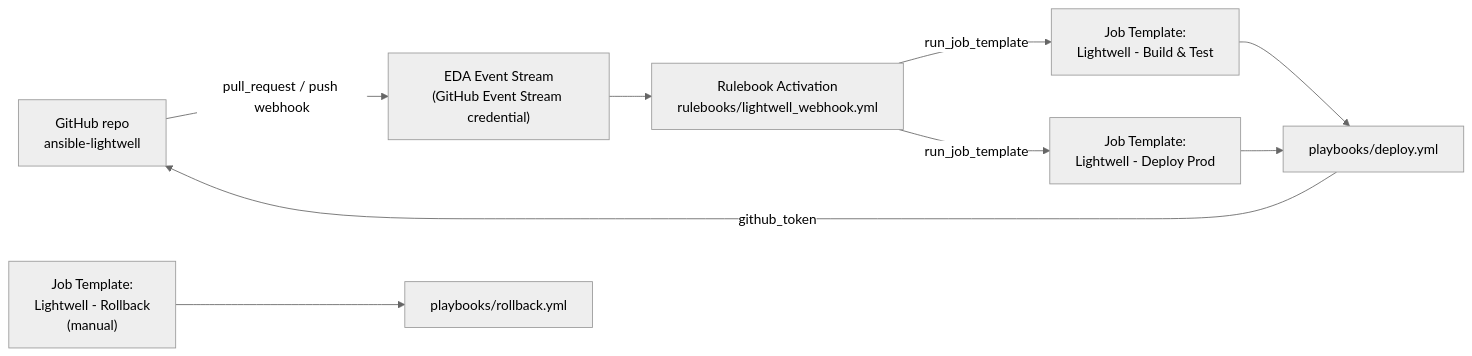
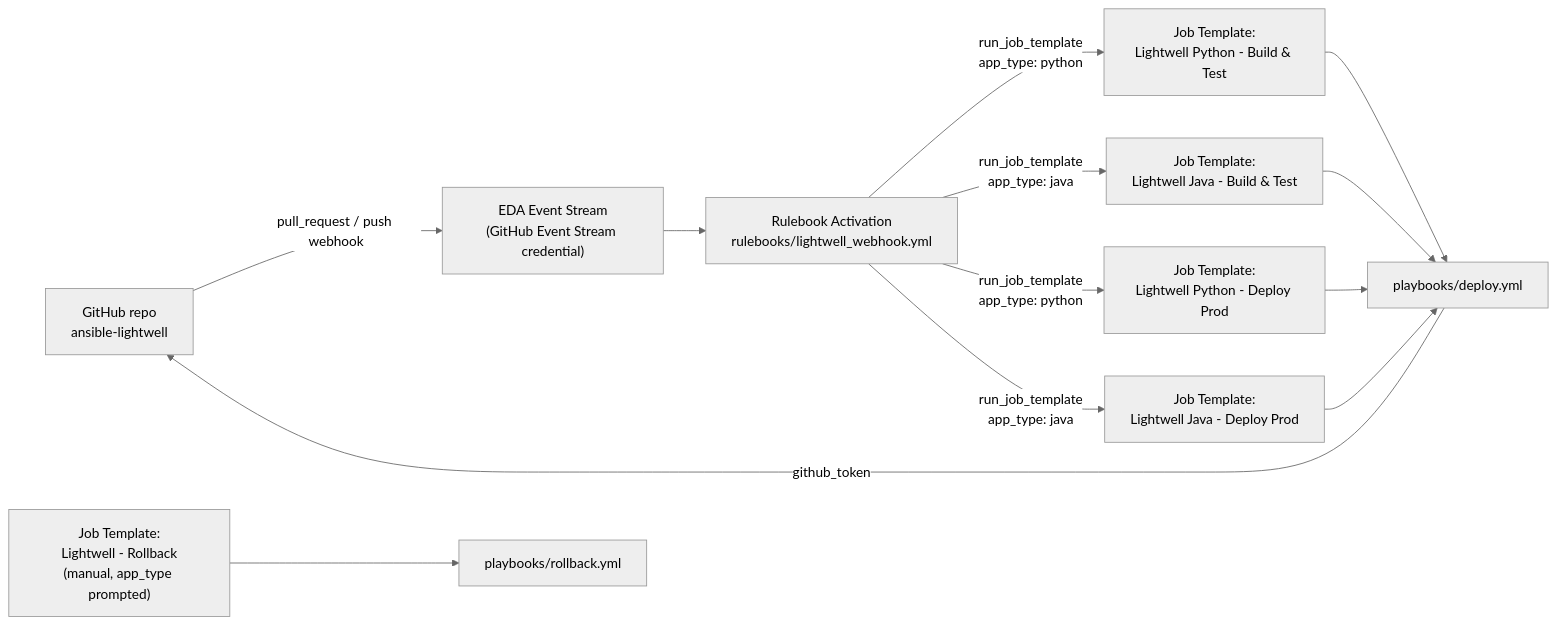
One commit to zjleblanc/ansible-lightwell changed the diagram in docs/aap-setup.md. Above: the diagram before and after it, drawn with Mermaid (neutral theme). The commit also changed other lines of this file and 38 other files, not shown here.

Commit message:
Restructure repo to support multiple app types via an app_type switch

````diff
--- a/docs/aap-setup.md
+++ b/docs/aap-setup.md
@@ -44,11 +47,15 @@
 ```mermaid
 flowchart LR
     GH["GitHub repo\nansible-lightwell"] -->|"pull_request / push webhook"| ES["EDA Event Stream\n(GitHub Event Stream credential)"]
     ES --> RA["Rulebook Activation\nrulebooks/lightwell_webhook.yml"]
-    RA -->|"run_job_template"| JT1["Job Template:\nLightwell - Build & Test"]
-    RA -->|"run_job_template"| JT2["Job Template:\nLightwell - Deploy Prod"]
+    RA -->|"run_job_template\napp_type: python"| JT1["Job Template:\nLightwell Python - Build & Test"]
+    RA -->|"run_job_template\napp_type: java"| JT1b["Job Template:\nLightwell Java - Build & Test"]
+    RA -->|"run_job_template\napp_type: python"| JT2["Job Template:\nLightwell Python - Deploy Prod"]
+    RA -->|"run_job_template\napp_type: java"| JT2b["Job Template:\nLightwell Java - Deploy Prod"]
     JT1 --> PB["playbooks/deploy.yml"]
+    JT1b --> PB
     JT2 --> PB
+    JT2b --> PB
     PB -->|"github_token"| GH
-    JT3["Job Template:\nLightwell - Rollback\n(manual)"] --> PB3["playbooks/rollback.yml"]
+    JT3["Job Template:\nLightwell - Rollback\n(manual, app_type prompted)"] --> PB3["playbooks/rollback.yml"]
 ```
````
